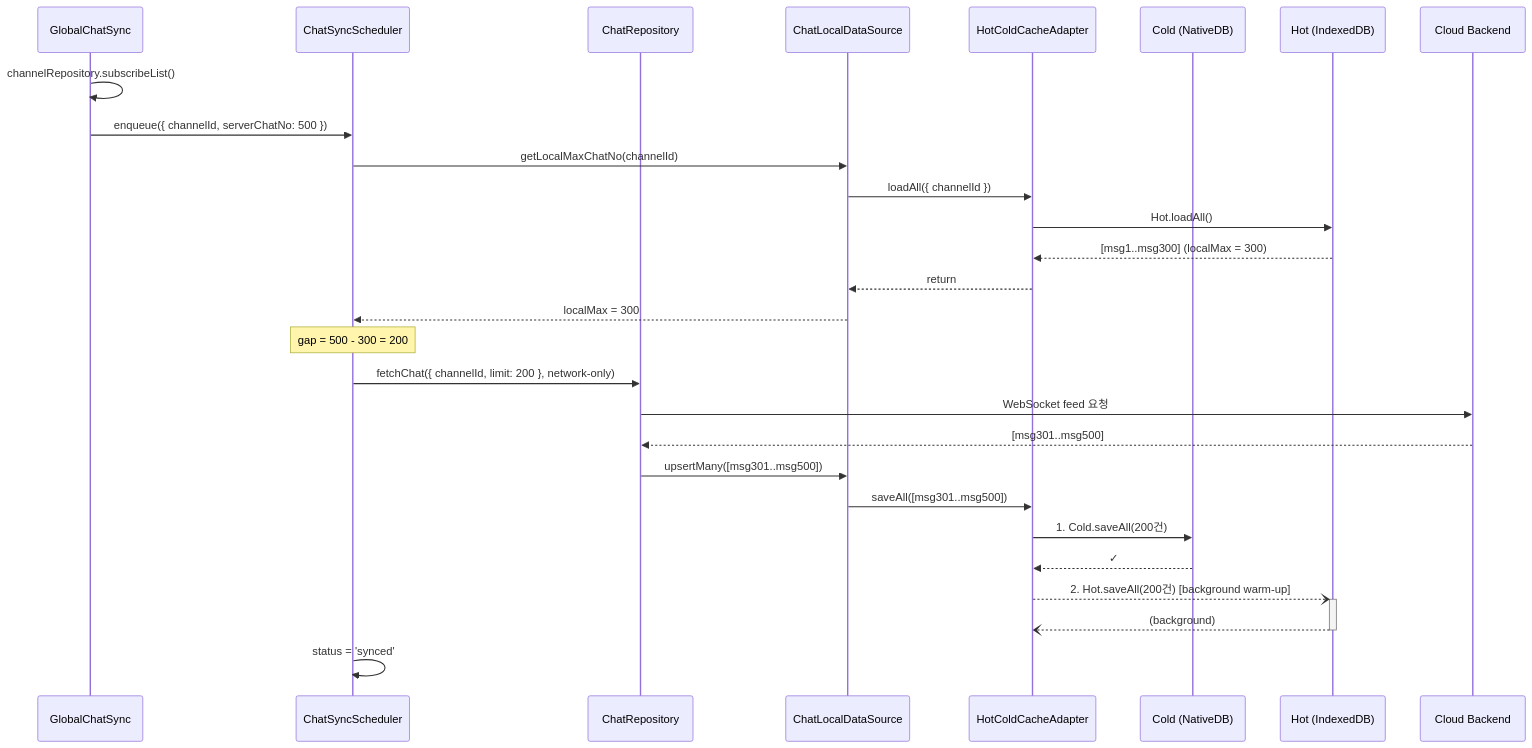
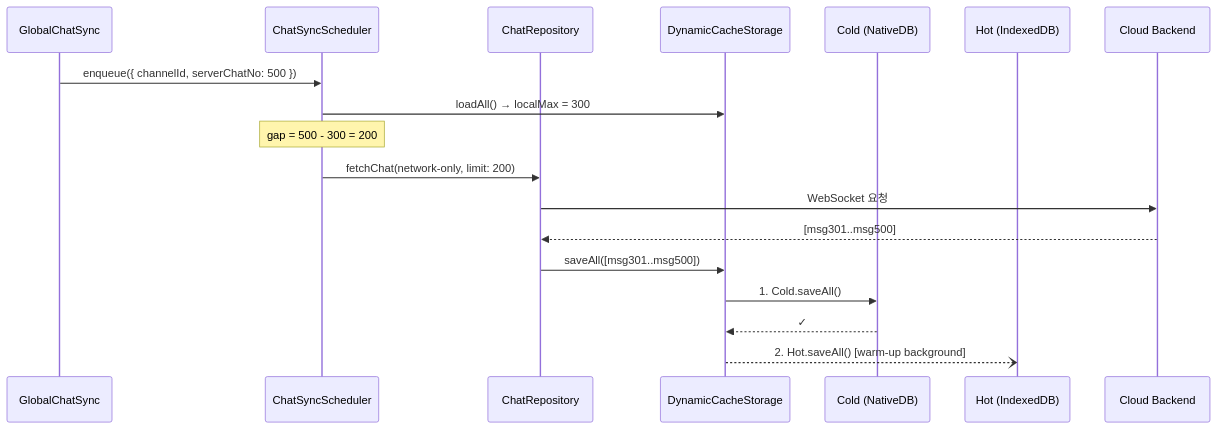
Before and after one commit to lemoncloud-io/dou-app: the ninth of 9 diagrams in docs/specs/cache/hot-cold-cache-strategy.md, drawn with Mermaid. The commit also changed other lines of this file, not shown here.

Commit message:
docs(cache): update hot-cold spec with DynamicCacheStorage naming and mermaid diagrams

````diff
--- a/docs/specs/cache/hot-cold-cache-strategy.md
+++ b/docs/specs/cache/hot-cold-cache-strategy.md
@@ -406,35 +312,22 @@
 ```mermaid
 sequenceDiagram
     participant GCS as GlobalChatSync
     participant CSS as ChatSyncScheduler
     participant CR as ChatRepository
-    participant LDS as ChatLocalDataSource
-    participant HC as HotColdCacheAdapter
+    participant DC as DynamicCacheStorage
     participant Cold as Cold (NativeDB)
     participant Hot as Hot (IndexedDB)
     participant Server as Cloud Backend
 
-    GCS->>GCS: channelRepository.subscribeList()
     GCS->>CSS: enqueue({ channelId, serverChatNo: 500 })
-
-    CSS->>LDS: getLocalMaxChatNo(channelId)
-    LDS->>HC: loadAll({ channelId })
-    HC->>Hot: Hot.loadAll()
-    Hot-->>HC: [msg1..msg300] (localMax = 300)
-    HC-->>LDS: return
-    LDS-->>CSS: localMax = 300
-
+    CSS->>DC: loadAll() → localMax = 300
     Note over CSS: gap = 500 - 300 = 200
 
-    CSS->>CR: fetchChat({ channelId, limit: 200 }, network-only)
-    CR->>Server: WebSocket feed 요청
+    CSS->>CR: fetchChat(network-only, limit: 200)
+    CR->>Server: WebSocket 요청
     Server-->>CR: [msg301..msg500]
-    CR->>LDS: upsertMany([msg301..msg500])
-    LDS->>HC: saveAll([msg301..msg500])
-    HC->>Cold: 1. Cold.saveAll(200건)
-    Cold-->>HC: ✓
-    HC--)+Hot: 2. Hot.saveAll(200건) [background warm-up]
-    Hot--)-HC: (background)
-
-    CSS->>CSS: status = 'synced'
+    CR->>DC: saveAll([msg301..msg500])
+    DC->>Cold: 1. Cold.saveAll()
+    Cold-->>DC: ✓
+    DC--)Hot: 2. Hot.saveAll() [warm-up background]
 ```
````
